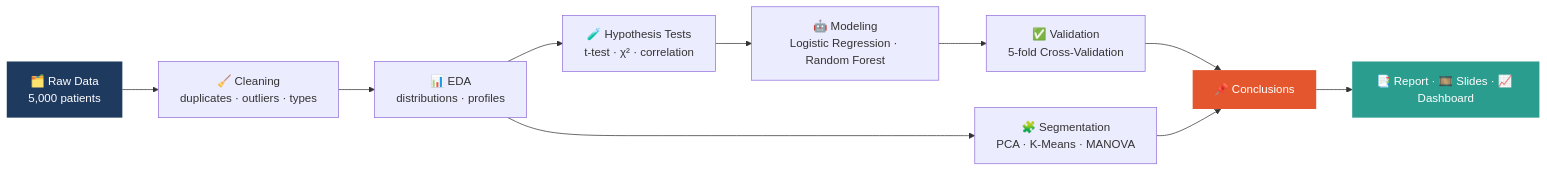
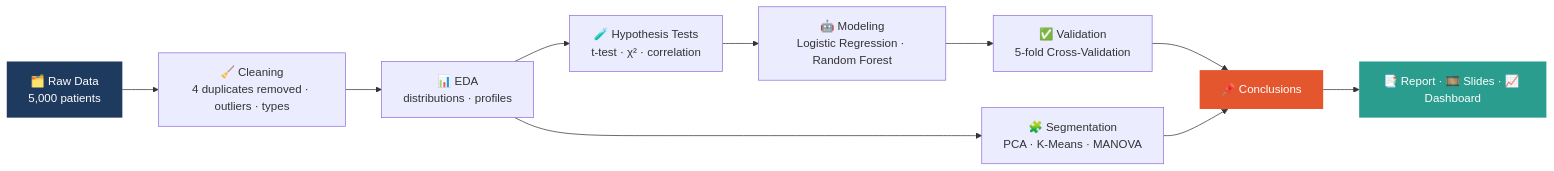
Before and after one commit to hadirhussein2021-lgtm/Hospital-Readmission-Analysis: the diagram in README.md, drawn with Mermaid. The commit also changed other lines of this file, not shown here.

````diff
--- a/README.md
+++ b/README.md
@@ -62,16 +62,16 @@
 ```mermaid
 flowchart LR
-    A[🗂️ Raw Data<br/>5,000 patients] --> B[🧹 Cleaning<br/>duplicates · outliers · types]
+    A[🗂️ Raw Data<br/>5,000 patients] --> B[🧹 Cleaning<br/>4 duplicates removed · outliers · types]
     B --> C[📊 EDA<br/>distributions · profiles]
     C --> D[🧪 Hypothesis Tests<br/>t-test · χ² · correlation]
     D --> E[🤖 Modeling<br/>Logistic Regression · Random Forest]
     E --> F[✅ Validation<br/>5-fold Cross-Validation]
     C --> G[🧩 Segmentation<br/>PCA · K-Means · MANOVA]
     F --> H[📌 Conclusions]
     G --> H
     H --> I[📑 Report · 🎞️ Slides · 📈 Dashboard]
 
     style A fill:#1F3A5F,color:#fff,stroke:none
     style H fill:#E4572E,color:#fff,stroke:none
     style I fill:#2A9D8F,color:#fff,stroke:none
 ```
````
